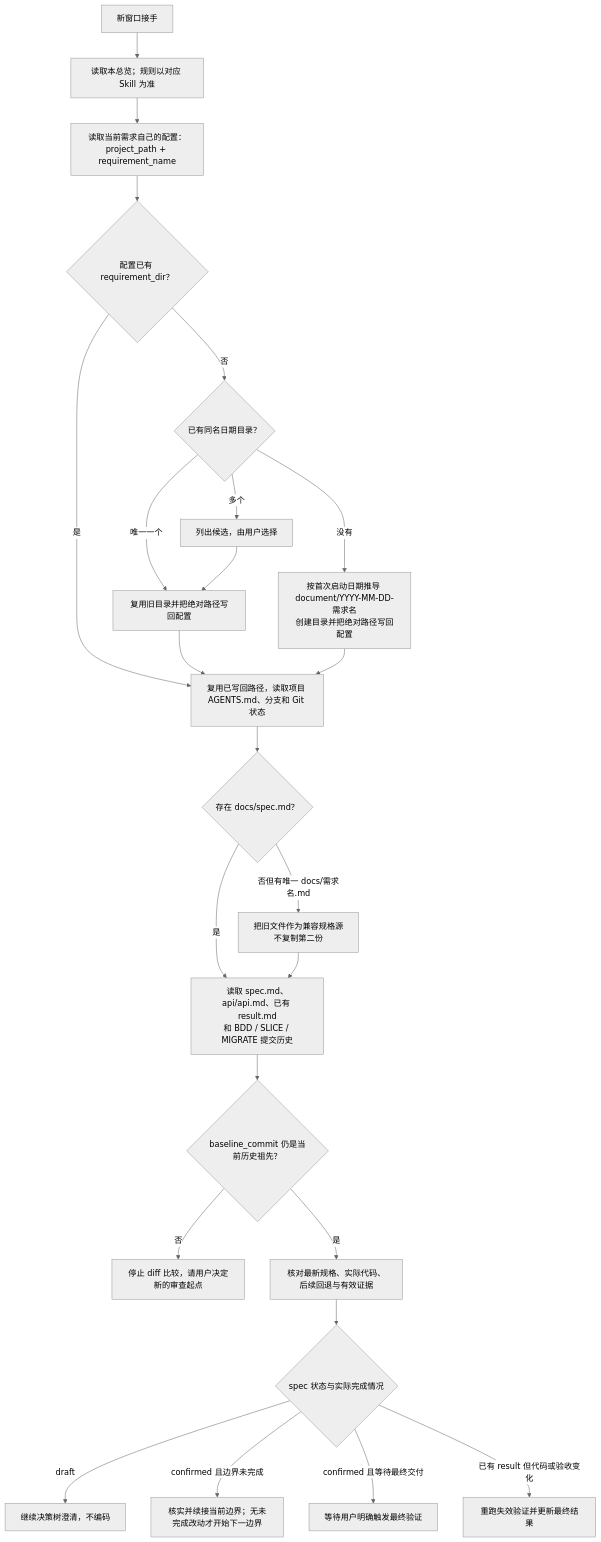
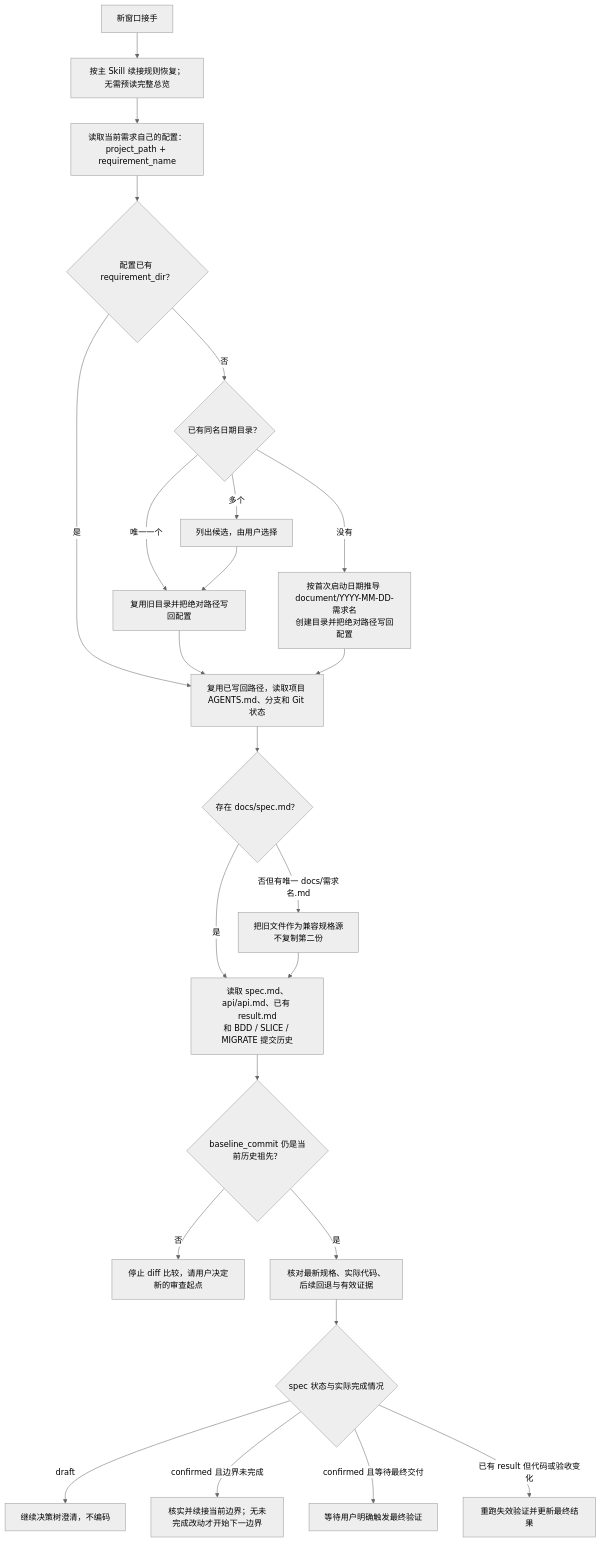
The tenth of 11 diagrams in docs/FLOW_DIAGRAMS.md (yejuntian/android-delivery-skills), drawn with Mermaid (neutral theme) before and after one commit. The commit also changed other lines of this file and 8 other files, not shown here.

````diff
--- a/docs/FLOW_DIAGRAMS.md
+++ b/docs/FLOW_DIAGRAMS.md
@@ -319,26 +319,26 @@
 ```mermaid
 flowchart TD
-    NEW["新窗口接手"] --> GUIDE["读取本总览；规则以对应 Skill 为准"]
+    NEW["新窗口接手"] --> GUIDE["按主 Skill 续接规则恢复；无需预读完整总览"]
     GUIDE --> CONFIG["读取当前需求自己的配置：project_path + requirement_name"]
     CONFIG --> DIR{"配置已有 requirement_dir？"}
     DIR -- "否" --> EXISTING{"已有同名日期目录？"}
     EXISTING -- "唯一一个" --> REUSE["复用旧目录并把绝对路径写回配置"]
     EXISTING -- "多个" --> SELECT["列出候选，由用户选择"]
     SELECT --> REUSE
     EXISTING -- "没有" --> DERIVE["按首次启动日期推导 document/YYYY-MM-DD-需求名<br/>创建目录并把绝对路径写回配置"]
     DIR -- "是" --> PROJECT["复用已写回路径，读取项目 AGENTS.md、分支和 Git 状态"]
     REUSE --> PROJECT
     DERIVE --> PROJECT
     PROJECT --> SPECFILE{"存在 docs/spec.md？"}
     SPECFILE -- "是" --> SPEC["读取 spec.md、api/api.md、已有 result.md<br/>和 BDD / SLICE / MIGRATE 提交历史"]
     SPECFILE -- "否但有唯一 docs/需求名.md" --> LEGACY["把旧文件作为兼容规格源<br/>不复制第二份"]
     LEGACY --> SPEC
     SPEC --> BASELINE{"baseline_commit 仍是当前历史祖先？"}
     BASELINE -- "否" --> ASK["停止 diff 比较，请用户决定新的审查起点"]
     BASELINE -- "是" --> EVIDENCE["核对最新规格、实际代码、后续回退与有效证据"]
     EVIDENCE --> STATUS{"spec 状态与实际完成情况"}
     STATUS -- "draft" --> CLARIFY["继续决策树澄清，不编码"]
     STATUS -- "confirmed 且边界未完成" --> IMPLEMENT["核实并续接当前边界；无未完成改动才开始下一边界"]
     STATUS -- "confirmed 且等待最终交付" --> WAIT["等待用户明确触发最终验证"]
     STATUS -- "已有 result 但代码或验收变化" --> REVERIFY["重跑失效验证并更新最终结果"]
 ```
````
